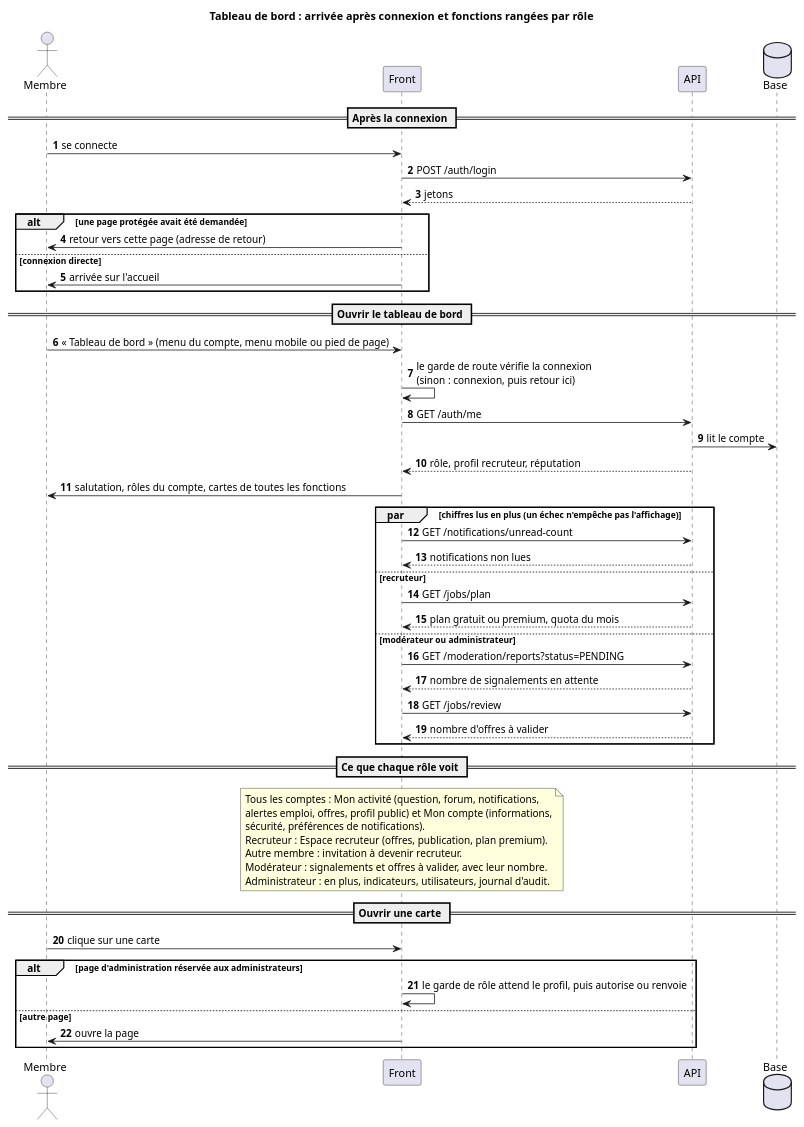
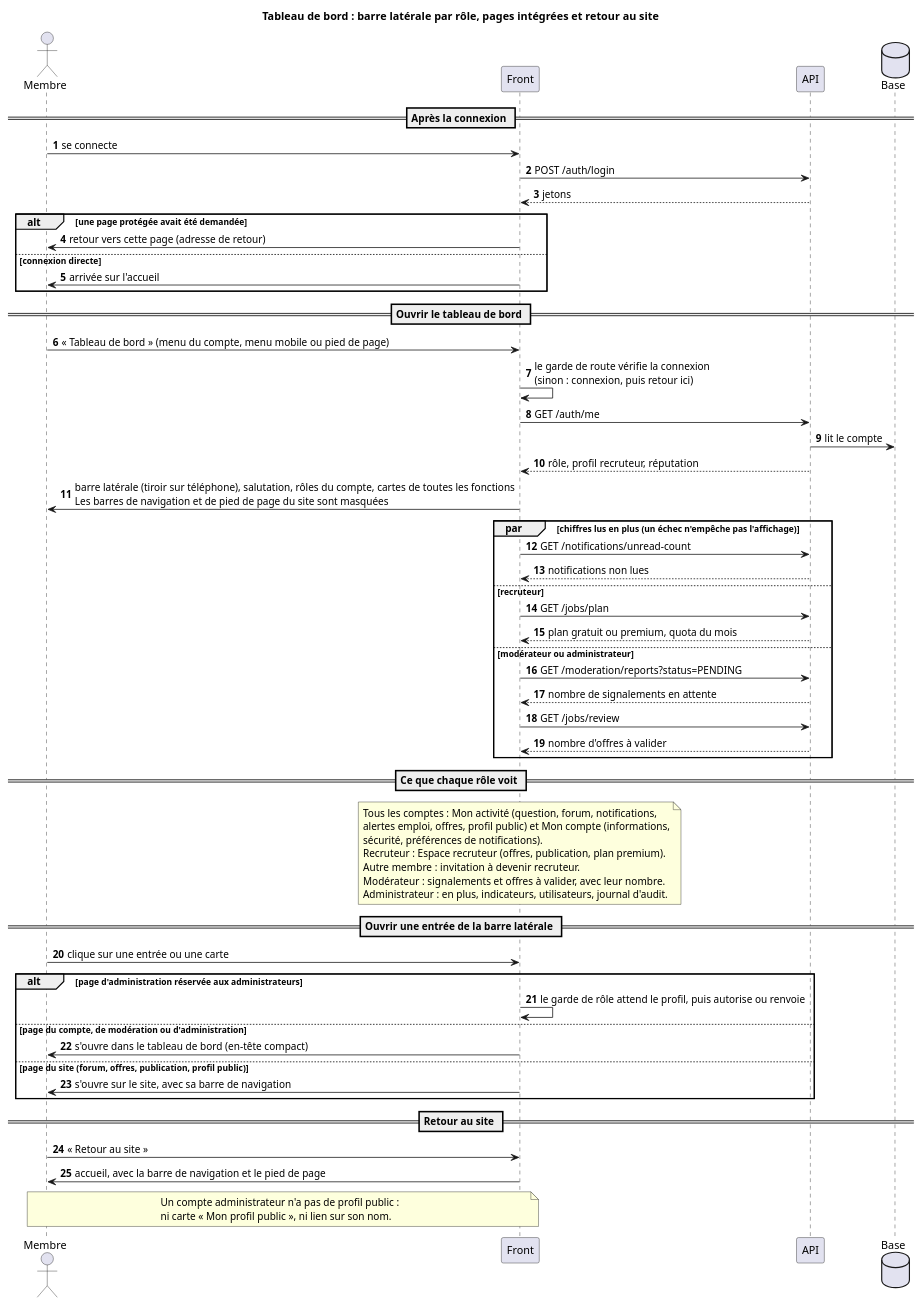
Before and after one commit to TheShvdow/afridev_hub: the diagram in docs/parcours-utilisateurs/diagrammes/15-tableau-de-bord-par-role.puml, drawn with PlantUML. The commit also changed 9 other files, not shown here.

```diff
--- a/docs/parcours-utilisateurs/diagrammes/15-tableau-de-bord-par-role.puml
+++ b/docs/parcours-utilisateurs/diagrammes/15-tableau-de-bord-par-role.puml
@@ -1,58 +1,69 @@
 @startuml
-title Tableau de bord : arrivée après connexion et fonctions rangées par rôle
+title Tableau de bord : barre latérale par rôle, pages intégrées et retour au site
 autonumber
 actor Membre
 participant Front
 participant API
 database Base
 
 == Après la connexion ==
 Membre -> Front : se connecte
 Front -> API : POST /auth/login
 API --> Front : jetons
 alt une page protégée avait été demandée
   Front -> Membre : retour vers cette page (adresse de retour)
 else connexion directe
   Front -> Membre : arrivée sur l'accueil
 end
 
 == Ouvrir le tableau de bord ==
 Membre -> Front : « Tableau de bord » (menu du compte, menu mobile ou pied de page)
 Front -> Front : le garde de route vérifie la connexion\n(sinon : connexion, puis retour ici)
 Front -> API : GET /auth/me
 API -> Base : lit le compte
 API --> Front : rôle, profil recruteur, réputation
-Front -> Membre : salutation, rôles du compte, cartes de toutes les fonctions
+Front -> Membre : barre latérale (tiroir sur téléphone), salutation, rôles du compte, cartes de toutes les fonctions\nLes barres de navigation et de pied de page du site sont masquées
 
 par chiffres lus en plus (un échec n'empêche pas l'affichage)
   Front -> API : GET /notifications/unread-count
   API --> Front : notifications non lues
 else recruteur
   Front -> API : GET /jobs/plan
   API --> Front : plan gratuit ou premium, quota du mois
 else modérateur ou administrateur
   Front -> API : GET /moderation/reports?status=PENDING
   API --> Front : nombre de signalements en attente
   Front -> API : GET /jobs/review
   API --> Front : nombre d'offres à valider
 end
 
 == Ce que chaque rôle voit ==
 note over Front
   Tous les comptes : Mon activité (question, forum, notifications,
   alertes emploi, offres, profil public) et Mon compte (informations,
   sécurité, préférences de notifications).
   Recruteur : Espace recruteur (offres, publication, plan premium).
   Autre membre : invitation à devenir recruteur.
   Modérateur : signalements et offres à valider, avec leur nombre.
   Administrateur : en plus, indicateurs, utilisateurs, journal d'audit.
 end note
 
-== Ouvrir une carte ==
-Membre -> Front : clique sur une carte
+== Ouvrir une entrée de la barre latérale ==
+Membre -> Front : clique sur une entrée ou une carte
 alt page d'administration réservée aux administrateurs
   Front -> Front : le garde de rôle attend le profil, puis autorise ou renvoie
-else autre page
-  Front -> Membre : ouvre la page
+else page du compte, de modération ou d'administration
+  Front -> Membre : s'ouvre dans le tableau de bord (en-tête compact)
+else page du site (forum, offres, publication, profil public)
+  Front -> Membre : s'ouvre sur le site, avec sa barre de navigation
 end
+
+== Retour au site ==
+Membre -> Front : « Retour au site »
+Front -> Membre : accueil, avec la barre de navigation et le pied de page
+
+note over Membre, Front
+  Un compte administrateur n'a pas de profil public :
+  ni carte « Mon profil public », ni lien sur son nom.
+end note
 @enduml
```
